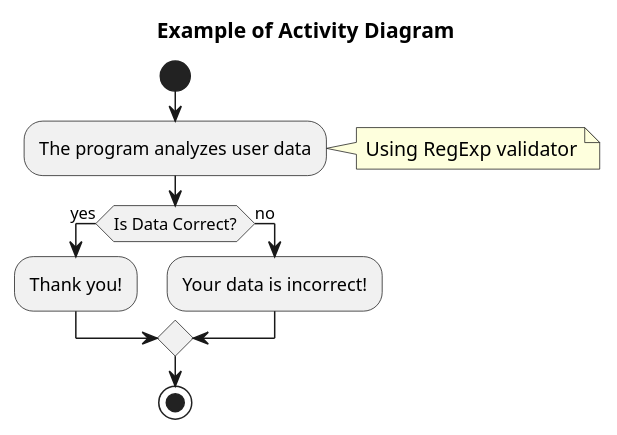
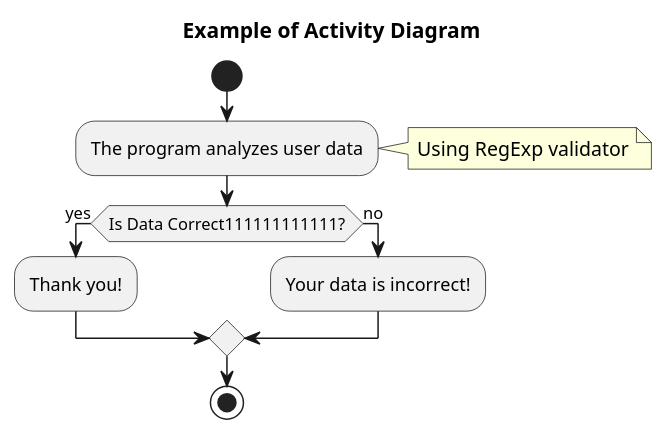
The diagram in Example-6-Activity.puml (oleksandrblazhko/ai202-test), drawn with PlantUML before and after one commit.

```diff
--- a/Example-6-Activity.puml
+++ b/Example-6-Activity.puml
@@ -1,18 +1,18 @@
 @startuml
 
 title Example of Activity Diagram 
 
 start
 
 :The program analyzes user data; 
 note right: Using RegExp validator
 
-if (Is Data Correct?) then (yes)
+if (Is Data Correct111111111111?) then (yes)
   :Thank you!;
 else (no)
   :Your data is incorrect!;
 endif
 
 stop
 
 @enduml
```
